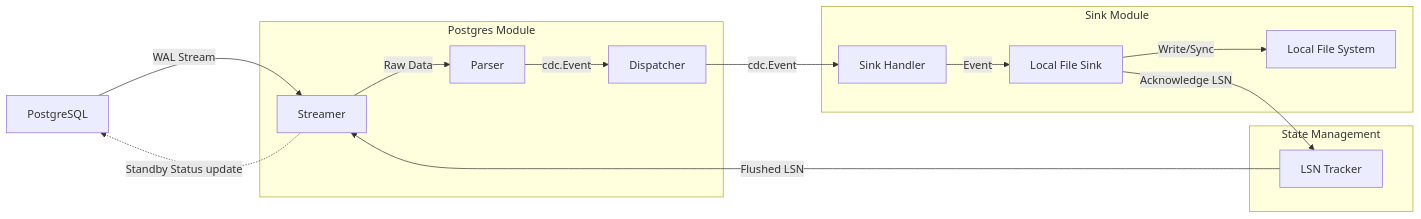
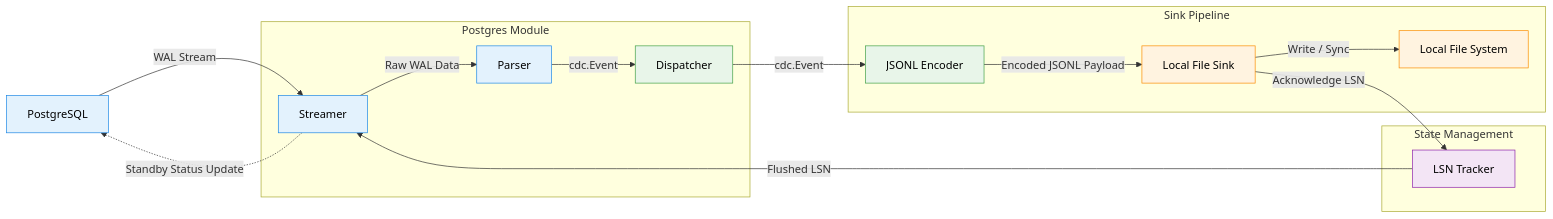
Before and after one commit to 001AJD/pg-wal-stream: the diagram in readme.md, drawn with Mermaid. The commit also changed 9 other files, not shown here.

Commit message:
refactor: decouple jsonl encoder and sink

````diff
--- a/readme.md
+++ b/readme.md
@@ -25,22 +25,32 @@
 ```mermaid
 graph LR
-    PostgresDB[PostgreSQL] -- WAL Stream --> Streamer[Streamer]
+    PostgresDB[PostgreSQL] -->|WAL Stream| Streamer[Streamer]
 
-    subgraph "Postgres Module"
-        Streamer -- Raw Data --> Parser[Parser]
-        Parser -- cdc.Event --> Dispatcher[Dispatcher]
+    subgraph PostgresModule["Postgres Module"]
+        Streamer -->|Raw WAL Data| Parser[Parser]
+        Parser -->|cdc.Event| Dispatcher[Dispatcher]
     end
 
-    subgraph "Sink Module"
-        Dispatcher -- cdc.Event --> SinkHandler[Sink Handler]
-        SinkHandler -- Event --> LocalFileSink[Local File Sink]
-        LocalFileSink -- Write/Sync --> Disk[Local File System]
+    subgraph SinkModule["Sink Pipeline"]
+        Dispatcher -->|cdc.Event| Encoder[JSONL Encoder]
+        Encoder -->|Encoded JSONL Payload| LocalFileSink[Local File Sink]
+        LocalFileSink -->|Write / Sync| Disk[Local File System]
     end
 
-    subgraph "State Management"
-        LocalFileSink -- Acknowledge LSN --> Tracker[LSN Tracker]
-        Tracker -- Flushed LSN --> Streamer
+    subgraph StateManagement["State Management"]
+        LocalFileSink -->|Acknowledge LSN| Tracker[LSN Tracker]
+        Tracker -->|Flushed LSN| Streamer
     end
 
-    Streamer -. Standby Status update .-> PostgresDB
+    Streamer -.->|Standby Status Update| PostgresDB
+
+    classDef postgres fill:#E3F2FD,stroke:#1E88E5,color:#000000
+    classDef pipeline fill:#E8F5E9,stroke:#43A047,color:#000000
+    classDef storage fill:#FFF3E0,stroke:#FB8C00,color:#000000
+    classDef state fill:#F3E5F5,stroke:#8E24AA,color:#000000
+
+    class PostgresDB,Streamer,Parser postgres
+    class Dispatcher,Encoder pipeline
+    class LocalFileSink,Disk storage
+    class Tracker state
 ```
````
